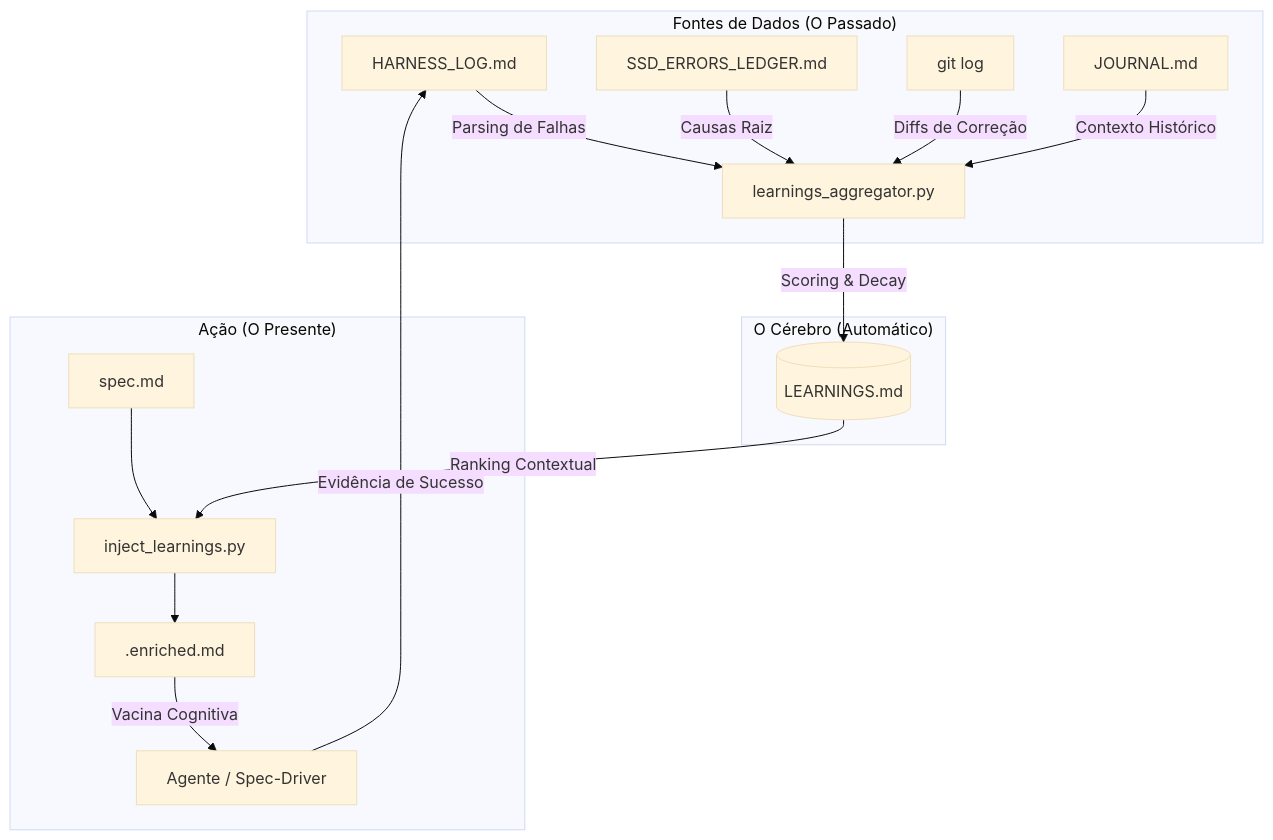
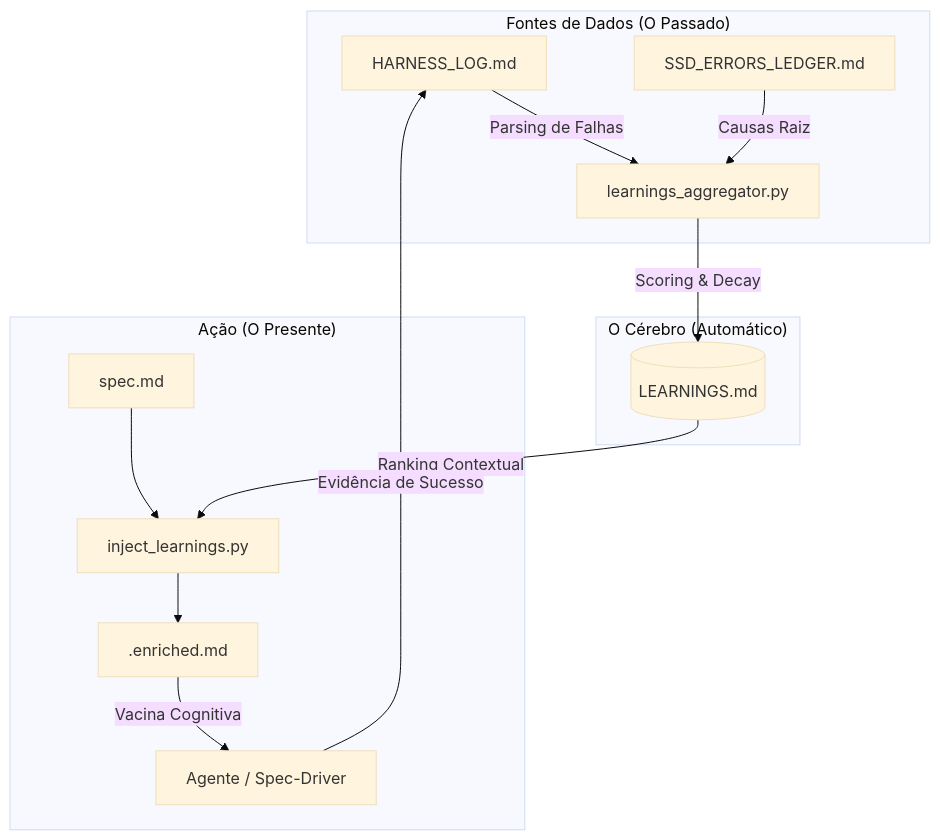
One commit to TalesAvancini/landingpg-crm changed the diagram in .context/maintenance/rx-learnings.md. Above: the diagram before and after it, drawn with Mermaid (base theme). The commit also changed other lines of this file and 6 other files, not shown here.

````diff
--- a/.context/maintenance/rx-learnings.md
+++ b/.context/maintenance/rx-learnings.md
@@ -12,22 +18,20 @@
 ```mermaid
 graph TD
     subgraph Fontes ["Fontes de Dados (O Passado)"]
         A[HARNESS_LOG.md] --> |Parsing de Falhas| E
         B[SSD_ERRORS_LEDGER.md] --> |Causas Raiz| E
-        C[git log] --> |Diffs de Correção| E
-        D[JOURNAL.md] --> |Contexto Histórico| E
     end
 
     subgraph Processamento ["O Cérebro (Automático)"]
         E[learnings_aggregator.py] --> |Scoring & Decay| F[(LEARNINGS.md)]
     end
 
     subgraph Execucao ["Ação (O Presente)"]
         G[spec.md] --> H[inject_learnings.py]
         F --> |Ranking Contextual| H
         H --> I[.enriched.md]
         I --> |Vacina Cognitiva| J[Agente / Spec-Driver]
     end
 
     J --> |Evidência de Sucesso| A
 ```
````
